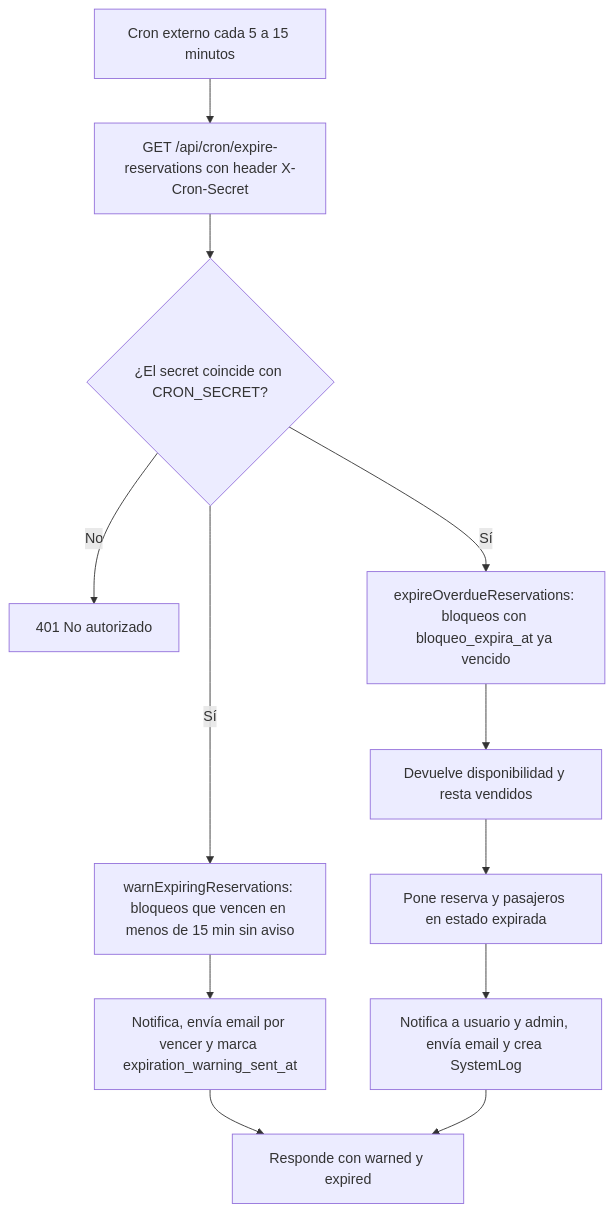
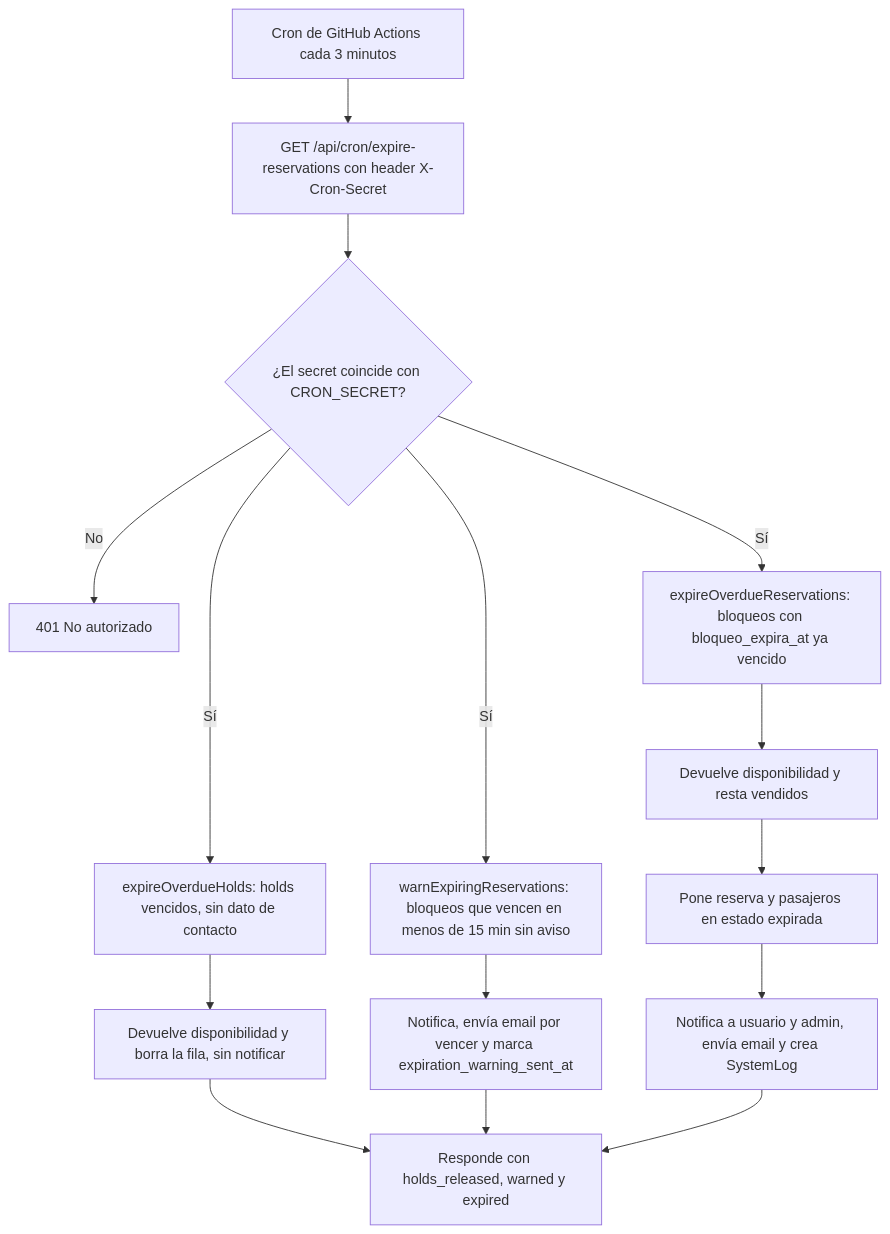
Diagram 11 of 14 in docs/FLUJOS_FUNCIONALIDADES.md (j-trz/app.cupos), drawn with Mermaid before and after one commit. The commit also changed other lines of this file and 1 other file, not shown here.

First line of the commit message:
docs: documentar el hold temporal de stock al elegir pasajeros

````diff
--- a/docs/FLUJOS_FUNCIONALIDADES.md
+++ b/docs/FLUJOS_FUNCIONALIDADES.md
@@ -315,14 +331,17 @@
 ```mermaid
 flowchart TD
-    A["Cron externo cada 5 a 15 minutos"] --> B["GET /api/cron/expire-reservations con header X-Cron-Secret"]
+    A["Cron de GitHub Actions cada 3 minutos"] --> B["GET /api/cron/expire-reservations con header X-Cron-Secret"]
     B --> C{"¿El secret coincide con CRON_SECRET?"}
     C -->|"No"| D["401 No autorizado"]
-    C -->|"Sí"| E["warnExpiringReservations: bloqueos que vencen en menos de 15 min sin aviso"]
-    E --> F["Notifica, envía email por vencer y marca expiration_warning_sent_at"]
-    C -->|"Sí"| G["expireOverdueReservations: bloqueos con bloqueo_expira_at ya vencido"]
-    G --> H["Devuelve disponibilidad y resta vendidos"]
-    H --> I["Pone reserva y pasajeros en estado expirada"]
-    I --> J["Notifica a usuario y admin, envía email y crea SystemLog"]
-    F --> K["Responde con warned y expired"]
-    J --> K
+    C -->|"Sí"| E["expireOverdueHolds: holds vencidos, sin dato de contacto"]
+    E --> F["Devuelve disponibilidad y borra la fila, sin notificar"]
+    C -->|"Sí"| G["warnExpiringReservations: bloqueos que vencen en menos de 15 min sin aviso"]
+    G --> H["Notifica, envía email por vencer y marca expiration_warning_sent_at"]
+    C -->|"Sí"| I["expireOverdueReservations: bloqueos con bloqueo_expira_at ya vencido"]
+    I --> J["Devuelve disponibilidad y resta vendidos"]
+    J --> K["Pone reserva y pasajeros en estado expirada"]
+    K --> L["Notifica a usuario y admin, envía email y crea SystemLog"]
+    F --> M["Responde con holds_released, warned y expired"]
+    H --> M
+    L --> M
 ```
````
